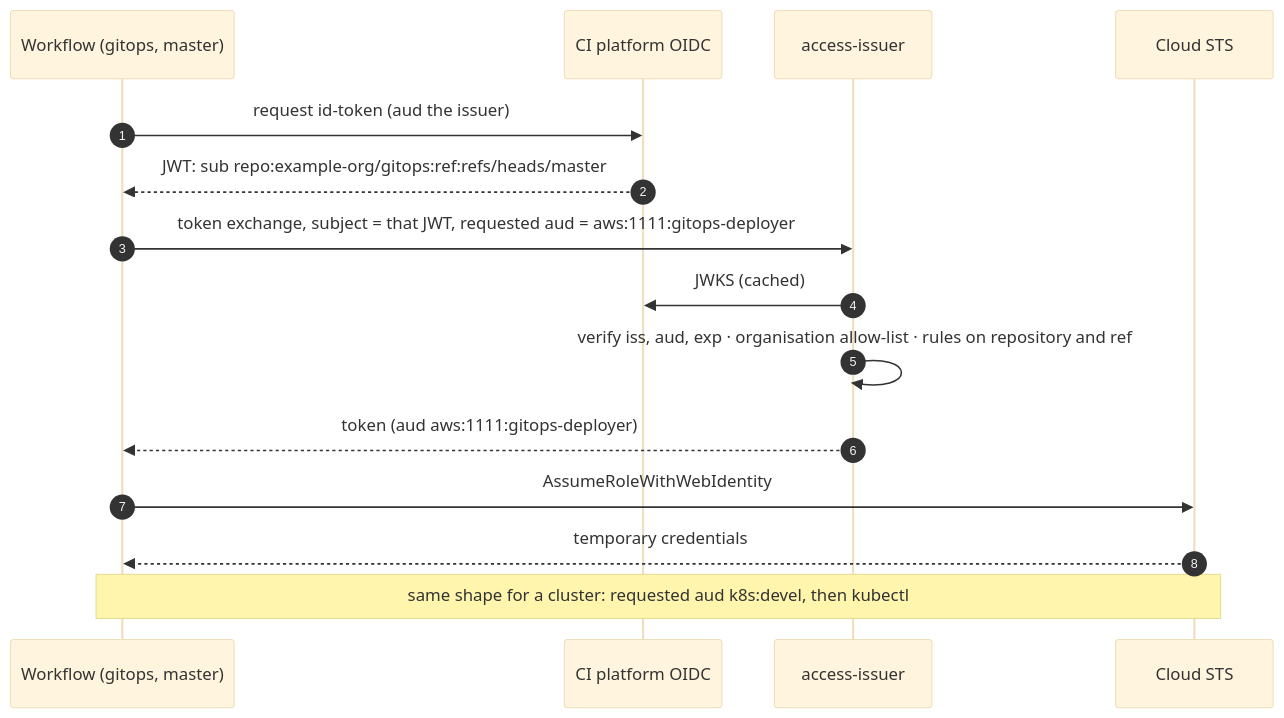
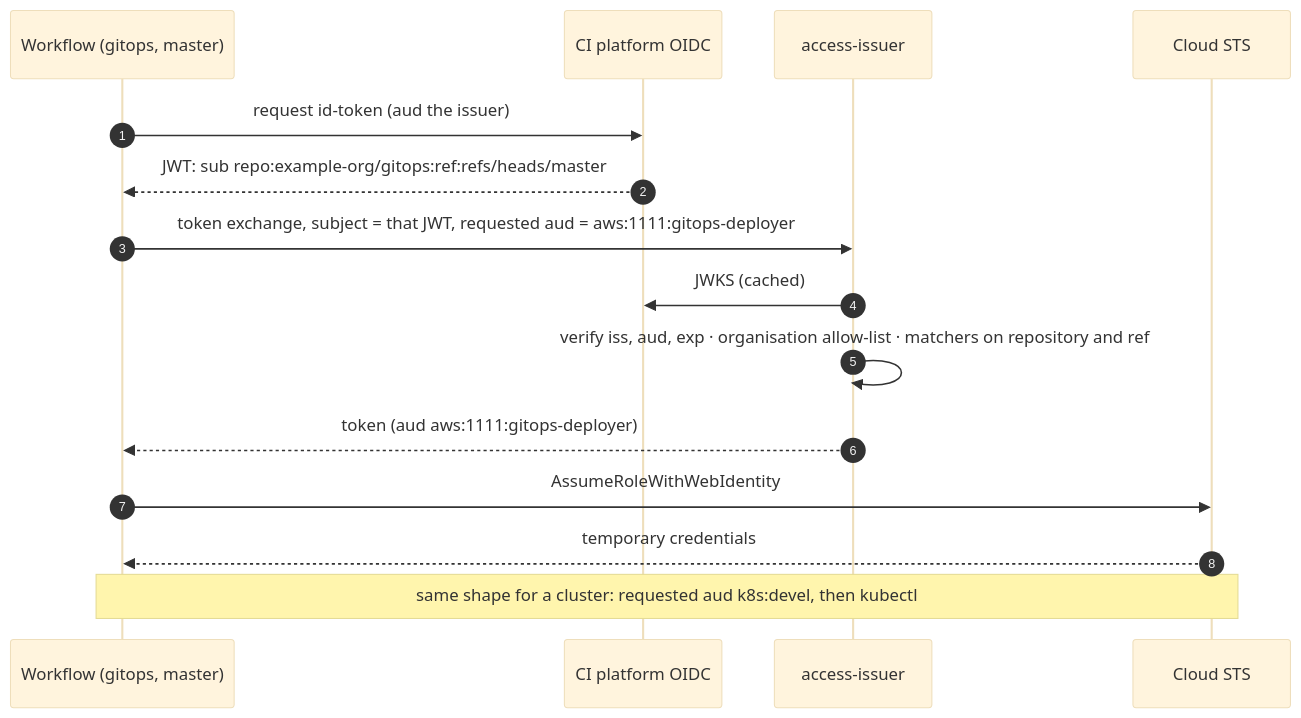
One commit to truvity/access-roster changed the seventh of 11 diagrams in docs/architecture.md. Above: the diagram before and after it, drawn with Mermaid (base theme). The commit also changed other lines of this file and 21 other files, not shown here.

````diff
--- a/docs/architecture.md
+++ b/docs/architecture.md
@@ -291,17 +291,17 @@
 ```mermaid
 sequenceDiagram
   autonumber
   participant W as Workflow (gitops, master)
   participant GH as CI platform OIDC
   participant T as access-issuer
   participant S as Cloud STS
   W->>GH: request id-token (aud the issuer)
   GH-->>W: JWT: sub repo:example-org/gitops:ref:refs/heads/master
   W->>T: token exchange, subject = that JWT, requested aud = aws:1111:gitops-deployer
   T->>GH: JWKS (cached)
-  T->>T: verify iss, aud, exp · organisation allow-list · rules on repository and ref
+  T->>T: verify iss, aud, exp · organisation allow-list · matchers on repository and ref
   T-->>W: token (aud aws:1111:gitops-deployer)
   W->>S: AssumeRoleWithWebIdentity
   S-->>W: temporary credentials
   Note over W,S: same shape for a cluster: requested aud k8s:devel, then kubectl
 ```
````
